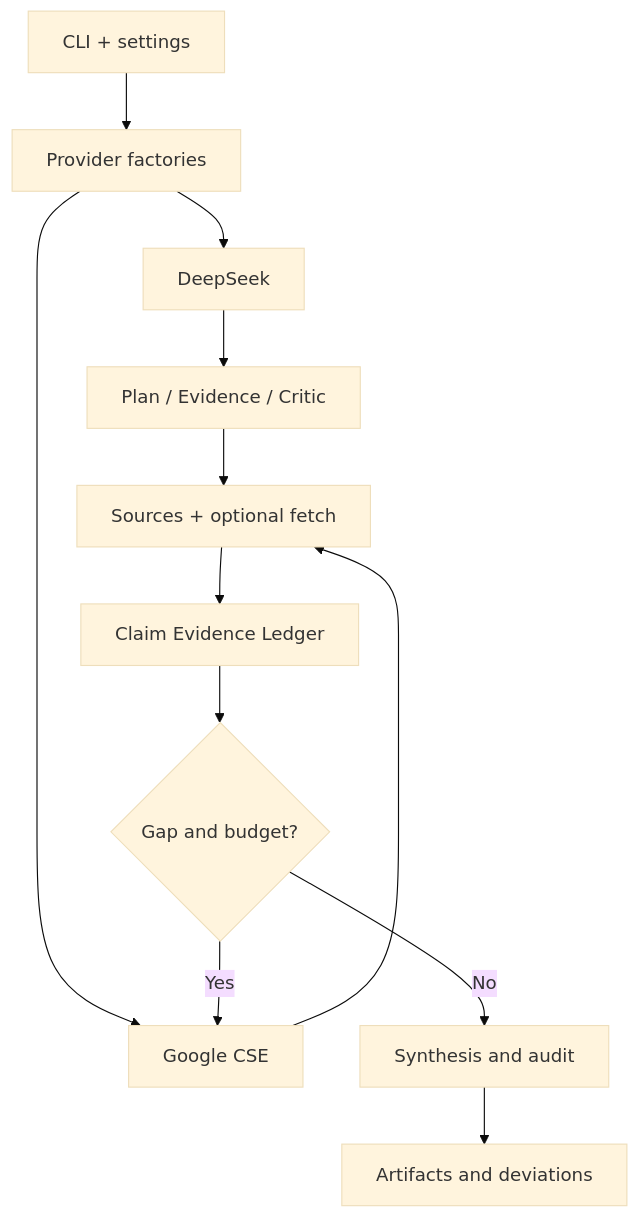
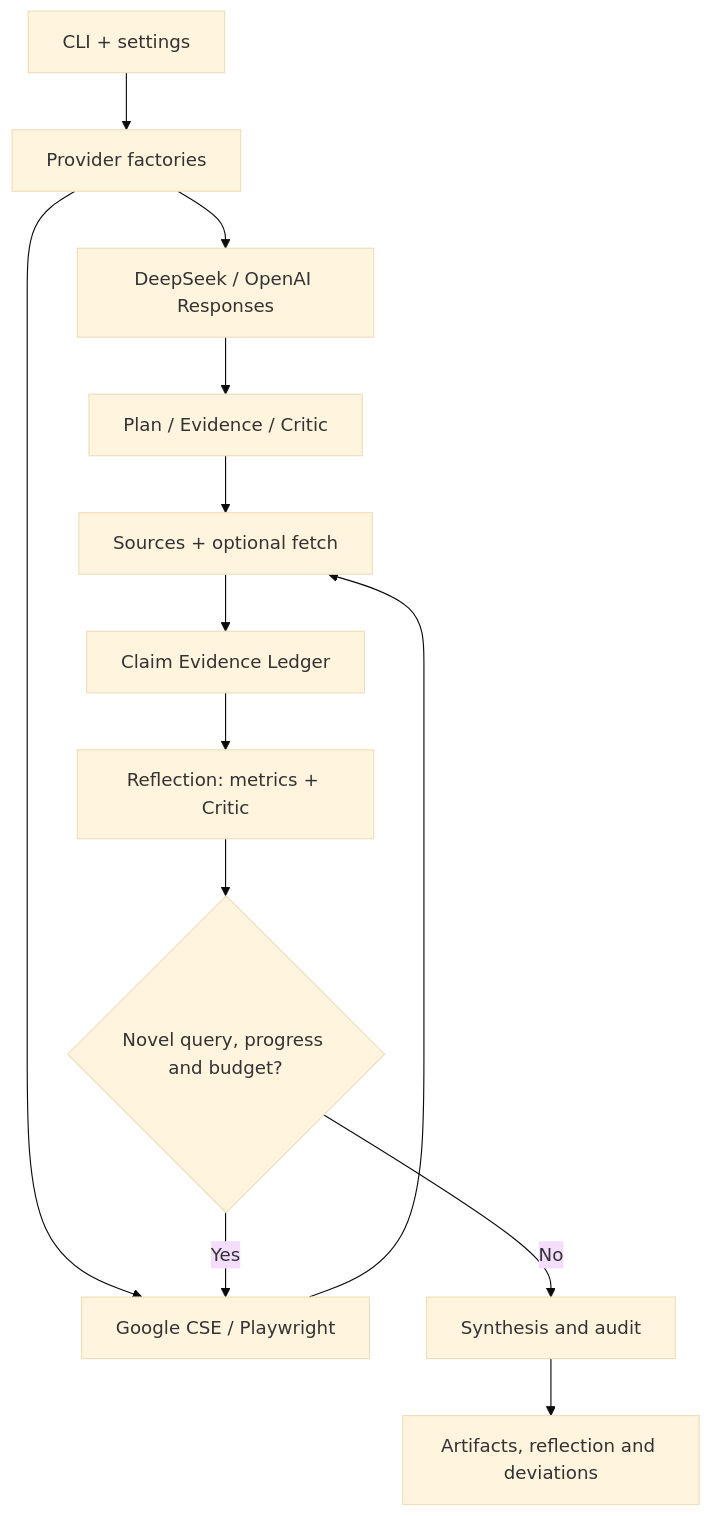
One commit to 1998x-stack/deep-search changed the diagram in README.md. Above: the diagram before and after it, drawn with Mermaid (base theme). The commit also changed other lines of this file and 11 other files, not shown here.

Commit message:
docs: describe OpenAI and browser search, wire Skill and CI for reflection v0.3

````diff
--- a/README.md
+++ b/README.md
@@ -29,14 +37,15 @@
 ```mermaid
 flowchart TD
     A[CLI + settings] --> B[Provider factories]
-    B --> C[DeepSeek]
-    B --> D[Google CSE]
+    B --> C[DeepSeek / OpenAI Responses]
+    B --> D[Google CSE / Playwright]
     C --> E[Plan / Evidence / Critic]
     D --> F[Sources + optional fetch]
     E --> F
     F --> G[Claim Evidence Ledger]
-    G --> H{Gap and budget?}
-    H -->|Yes| D
-    H -->|No| I[Synthesis and audit]
-    I --> J[Artifacts and deviations]
+    G --> H[Reflection: metrics + Critic]
+    H --> I{Novel query, progress and budget?}
+    I -->|Yes| D
+    I -->|No| J[Synthesis and audit]
+    J --> K[Artifacts, reflection and deviations]
 ```
````
